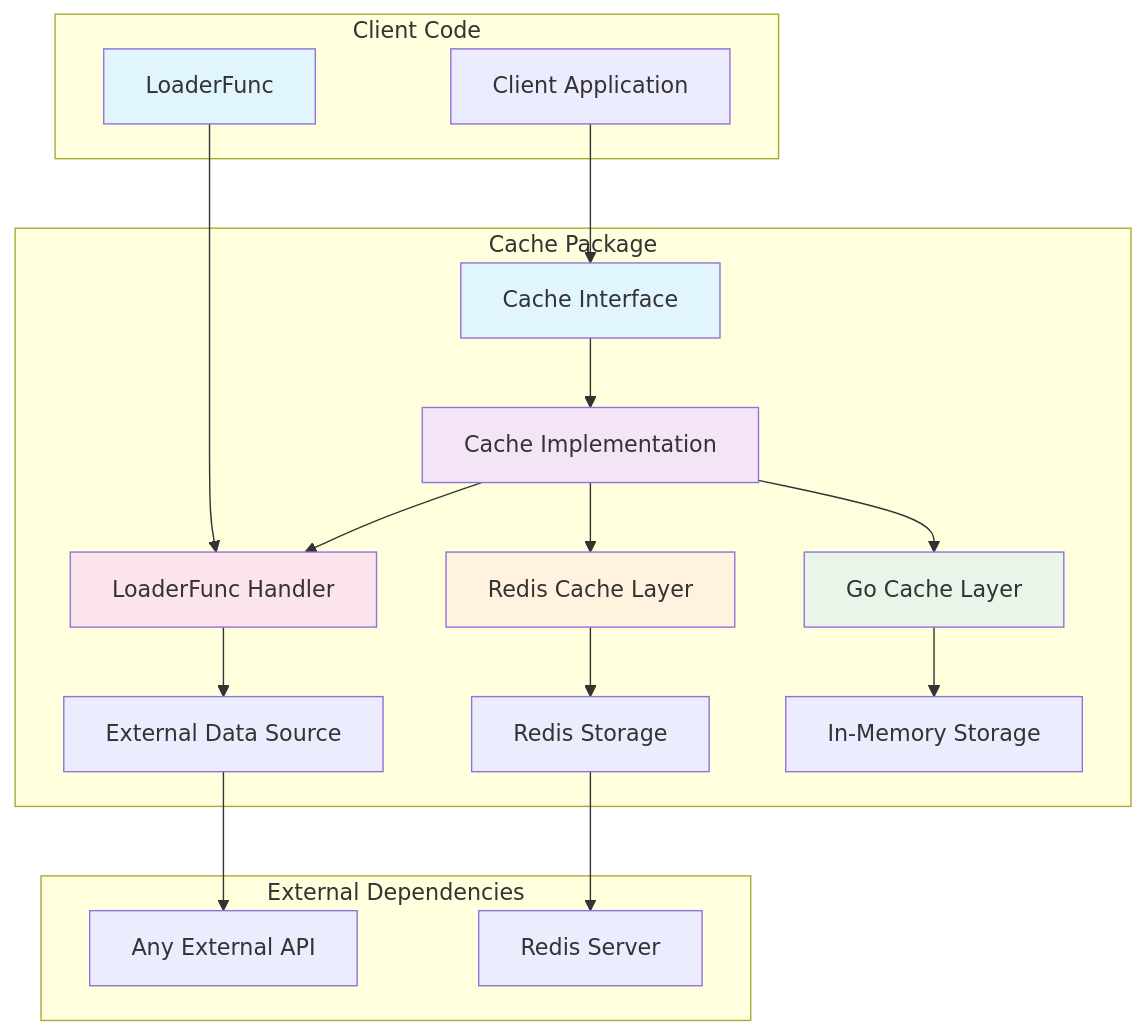
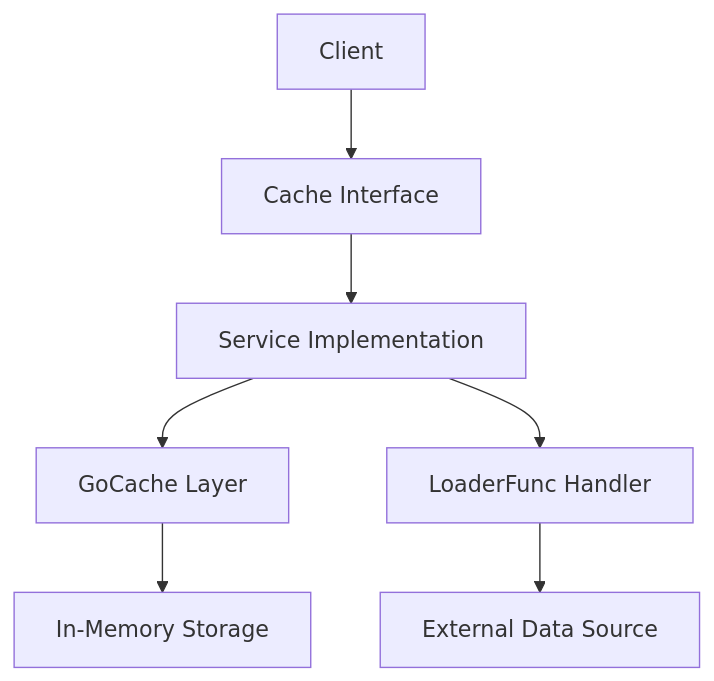
Before and after one commit to status-im/market-proxy: the diagram in market-fetcher/cache/README.md, drawn with Mermaid. The commit also changed other lines of this file and 27 other files, not shown here.

````diff
--- a/market-fetcher/cache/README.md
+++ b/market-fetcher/cache/README.md
@@ -154,33 +7,10 @@
 ```mermaid
 graph TB
-    subgraph "Cache Package"
-        A[Cache Interface] --> B[Cache Implementation]
-        B --> C[Go Cache Layer]
-        B --> D[Redis Cache Layer]
-        B --> E[LoaderFunc Handler]
-        
-        C --> F[In-Memory Storage]
-        D --> G[Redis Storage]
-        E --> H[External Data Source]
-    end
+    A[Cache Interface] --> B[Service Implementation]
+    B --> C[GoCache Layer]
+    B --> D[LoaderFunc Handler]
     
-    subgraph "Client Code"
-        I[LoaderFunc] --> E
-        J[Client Application] --> A
-    end
-    
-    subgraph "External Dependencies"
-        K[Any External API]
-        L[Redis Server]
-    end
-    
-    H --> K
-    G --> L
-    
-    style A fill:#e1f5fe
-    style B fill:#f3e5f5
-    style C fill:#e8f5e8
-    style D fill:#fff3e0
-    style E fill:#fce4ec
-    style I fill:#e1f5fe
+    E[Client] --> A
+    C --> F[In-Memory Storage]
+    D --> G[External Data Source]
 ```
````
